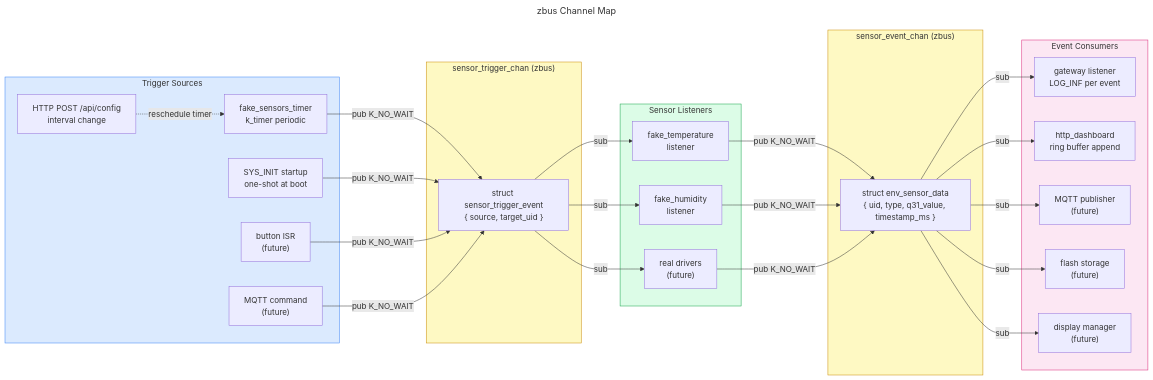
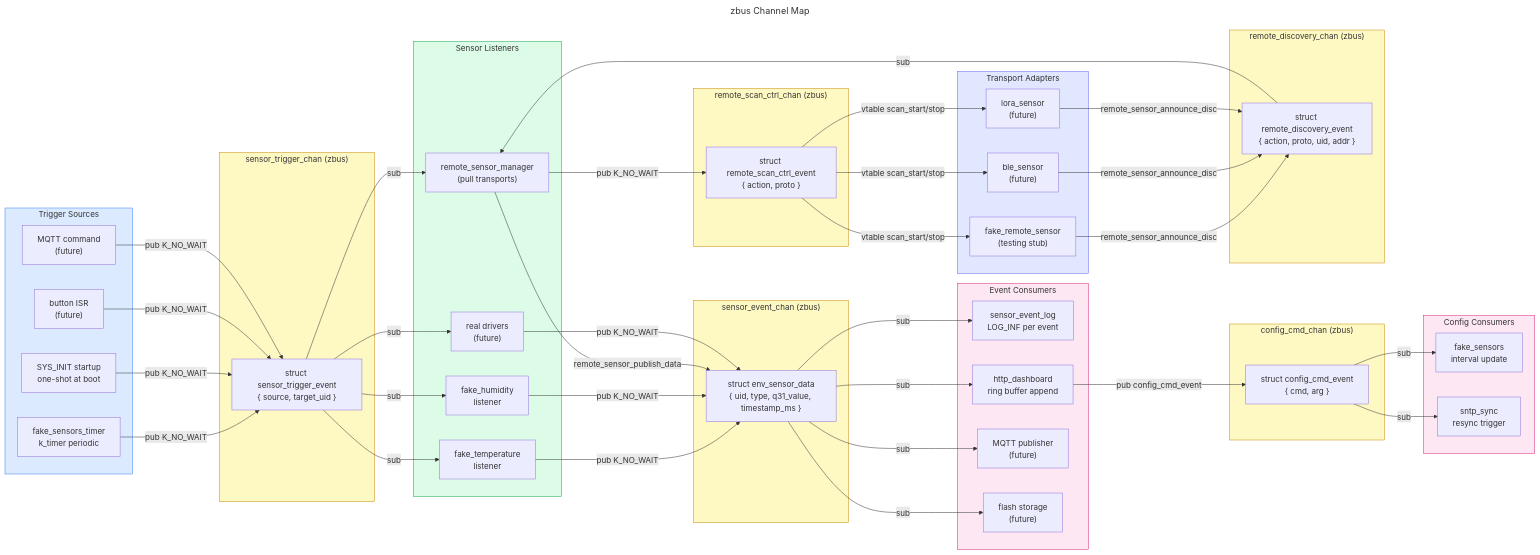
Before and after one commit to tobiwan88/weather-station: the diagram in docs/architecture/diagrams/zbus-channels.mmd, drawn with Mermaid. The commit also changed 26 other files, not shown here.

```diff
--- a/docs/architecture/diagrams/zbus-channels.mmd
+++ b/docs/architecture/diagrams/zbus-channels.mmd
@@ -1,59 +1,100 @@
 ---
 title: zbus Channel Map
 ---
 graph LR
     subgraph TRIGGERS["Trigger Sources"]
         TMR["fake_sensors_timer\nk_timer periodic"]
         BOOT["SYS_INIT startup\none-shot at boot"]
-        HTTP_CFG["HTTP POST /api/config\ninterval change"]
         BTN["button ISR\n(future)"]
         MQTT_CMD["MQTT command\n(future)"]
     end
 
     subgraph CHAN_T["sensor_trigger_chan (zbus)"]
         ST["struct sensor_trigger_event\n{ source, target_uid }"]
     end
 
     subgraph SENSORS["Sensor Listeners"]
         FT["fake_temperature\nlistener"]
         FH["fake_humidity\nlistener"]
+        RSM["remote_sensor_manager\n(pull transports)"]
         RD["real drivers\n(future)"]
     end
 
     subgraph CHAN_E["sensor_event_chan (zbus)"]
         SE["struct env_sensor_data\n{ uid, type, q31_value, timestamp_ms }"]
     end
 
     subgraph CONSUMERS["Event Consumers"]
-        GWL["gateway listener\nLOG_INF per event"]
+        SEL["sensor_event_log\nLOG_INF per event"]
         HTTPL["http_dashboard\nring buffer append"]
         MQTTP["MQTT publisher\n(future)"]
         FLASH["flash storage\n(future)"]
-        DISP["display manager\n(future)"]
+    end
+
+    subgraph CHAN_CFG["config_cmd_chan (zbus)"]
+        CC["struct config_cmd_event\n{ cmd, arg }"]
+    end
+
+    subgraph CFG_CONSUMERS["Config Consumers"]
+        FS_CFG["fake_sensors\ninterval update"]
+        SNTP_CFG["sntp_sync\nresync trigger"]
+    end
+
+    subgraph CHAN_DISC["remote_discovery_chan (zbus)"]
+        RD2["struct remote_discovery_event\n{ action, proto, uid, addr }"]
+    end
+
+    subgraph CHAN_SCAN["remote_scan_ctrl_chan (zbus)"]
+        SC["struct remote_scan_ctrl_event\n{ action, proto }"]
+    end
+
+    subgraph TRANSPORTS["Transport Adapters"]
+        FAKE_T["fake_remote_sensor\n(testing stub)"]
+        BLE_T["ble_sensor\n(future)"]
+        LORA_T["lora_sensor\n(future)"]
     end
 
     TMR -->|pub K_NO_WAIT| ST
     BOOT -->|pub K_NO_WAIT| ST
-    HTTP_CFG -.->|reschedule timer| TMR
     BTN -->|pub K_NO_WAIT| ST
     MQTT_CMD -->|pub K_NO_WAIT| ST
 
     ST -->|sub| FT
     ST -->|sub| FH
+    ST -->|sub| RSM
     ST -->|sub| RD
 
     FT -->|pub K_NO_WAIT| SE
     FH -->|pub K_NO_WAIT| SE
+    RSM -->|remote_sensor_publish_data| SE
     RD -->|pub K_NO_WAIT| SE
 
-    SE -->|sub| GWL
+    SE -->|sub| SEL
     SE -->|sub| HTTPL
     SE -->|sub| MQTTP
     SE -->|sub| FLASH
-    SE -->|sub| DISP
+
+    HTTPL -->|pub config_cmd_event| CC
+    CC -->|sub| FS_CFG
+    CC -->|sub| SNTP_CFG
+
+    FAKE_T -->|remote_sensor_announce_disc| RD2
+    BLE_T -->|remote_sensor_announce_disc| RD2
+    LORA_T -->|remote_sensor_announce_disc| RD2
+    RD2 -->|sub| RSM
+
+    RSM -->|pub K_NO_WAIT| SC
+    SC -->|vtable scan_start/stop| FAKE_T
+    SC -->|vtable scan_start/stop| BLE_T
+    SC -->|vtable scan_start/stop| LORA_T
 
     style CHAN_T fill:#fef9c3,stroke:#ca8a04
     style CHAN_E fill:#fef9c3,stroke:#ca8a04
+    style CHAN_CFG fill:#fef9c3,stroke:#ca8a04
+    style CHAN_DISC fill:#fef9c3,stroke:#ca8a04
+    style CHAN_SCAN fill:#fef9c3,stroke:#ca8a04
     style TRIGGERS fill:#dbeafe,stroke:#3b82f6
     style SENSORS fill:#dcfce7,stroke:#16a34a
     style CONSUMERS fill:#fce7f3,stroke:#db2777
+    style CFG_CONSUMERS fill:#fce7f3,stroke:#db2777
+    style TRANSPORTS fill:#e0e7ff,stroke:#6366f1
```
